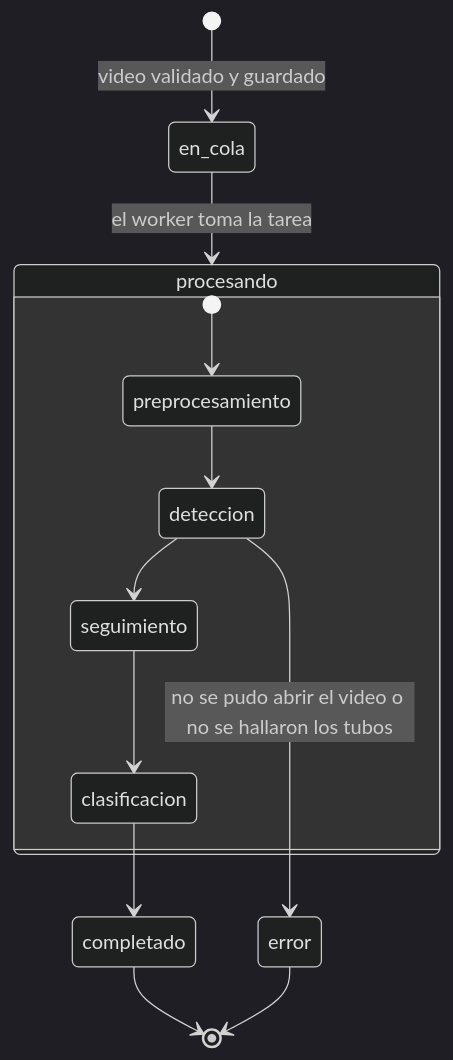
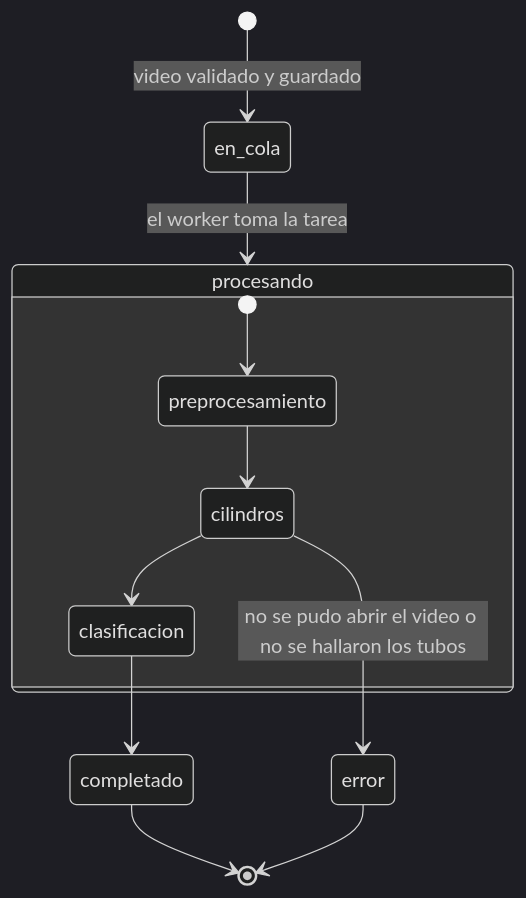
One commit to ErickJester/fst-ai-system-latex changed the second of 38 diagrams in INSTRUCCIONES-WEB.md. Above: the diagram before and after it, drawn with Mermaid (dark theme). The commit also changed other lines of this file and 33 other files, not shown here.

````diff
--- a/INSTRUCCIONES-WEB.md
+++ b/INSTRUCCIONES-WEB.md
@@ -164,15 +164,14 @@
 ```mermaid
 stateDiagram-v2
   [*] --> en_cola: video validado y guardado
   en_cola --> procesando: el worker toma la tarea
   state procesando {
     [*] --> preprocesamiento
-    preprocesamiento --> deteccion
-    deteccion --> seguimiento
-    seguimiento --> clasificacion
+    preprocesamiento --> cilindros
+    cilindros --> clasificacion
   }
-  deteccion --> error: no se pudo abrir el video o no se hallaron los tubos
+  cilindros --> error: no se pudo abrir el video o no se hallaron los tubos
   clasificacion --> completado
   completado --> [*]
   error --> [*]
 ```
````
